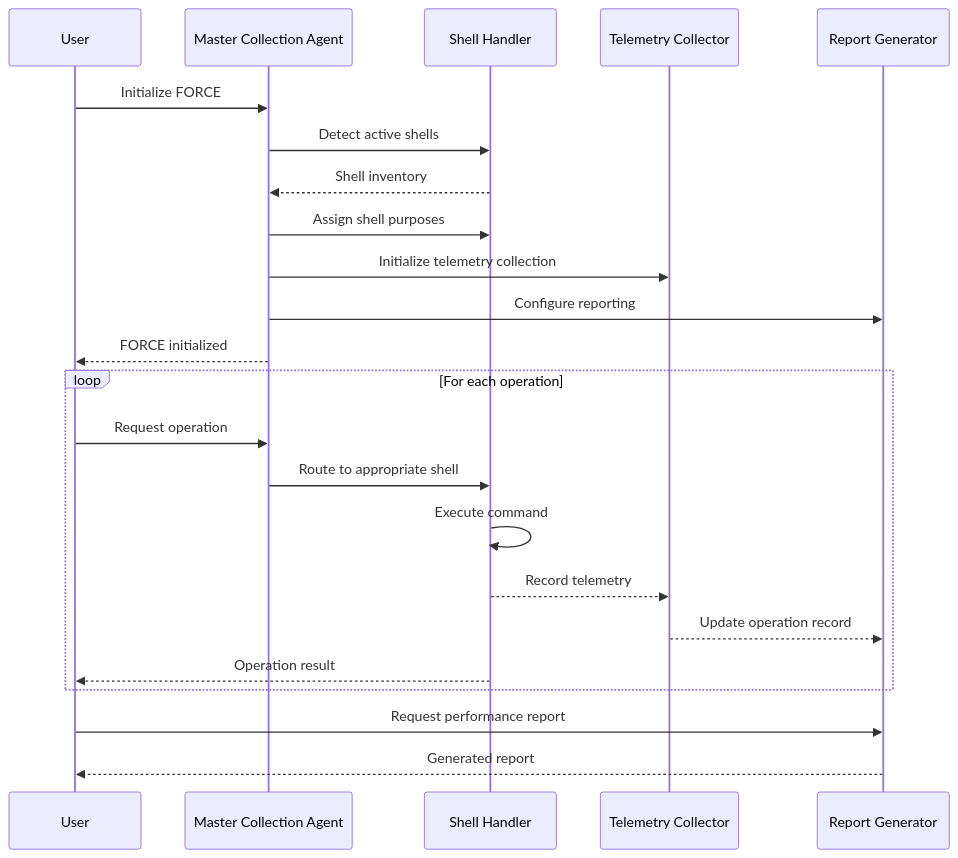
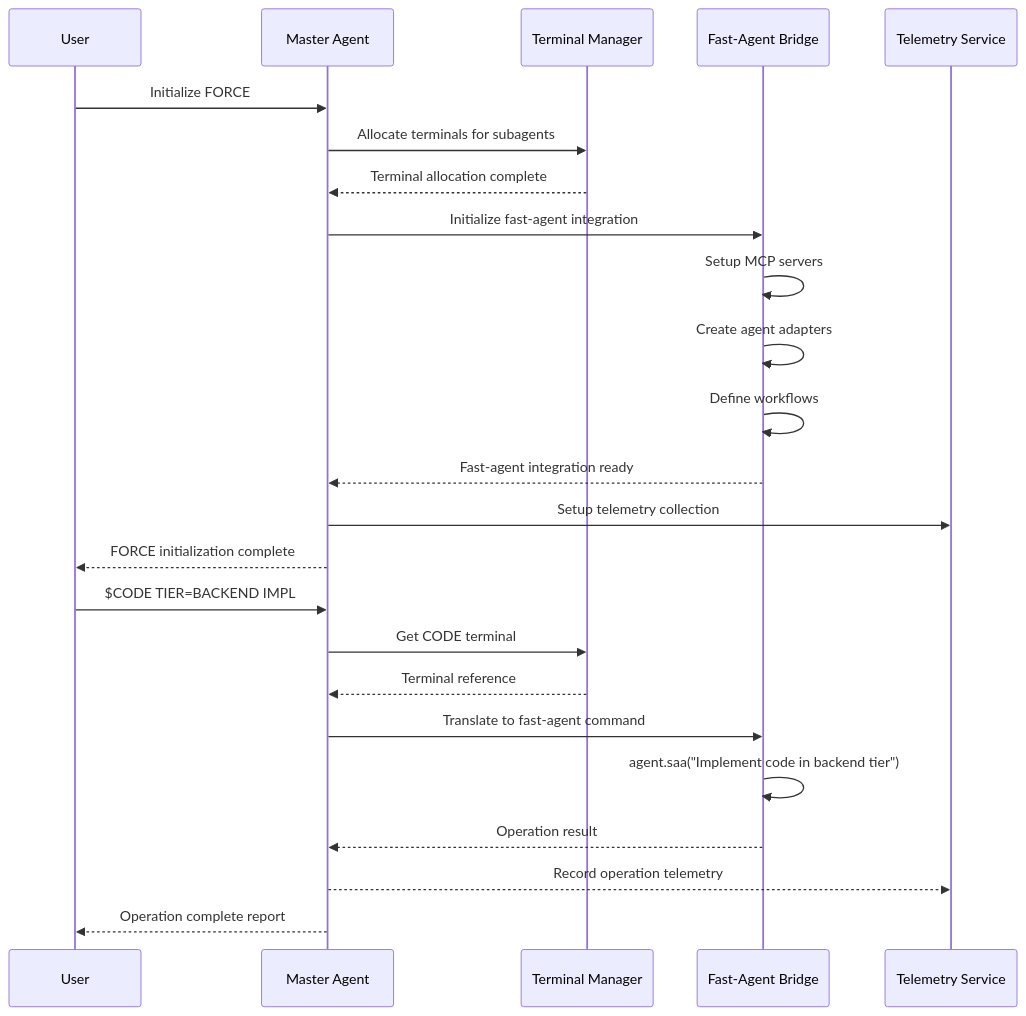
The second of 2 diagrams in FORCE.spec.md (peguesj/yj-dev_sentinel), drawn with Mermaid before and after one commit. The commit also changed other lines of this file and 1 other file, not shown here.

Commit message:
docs: update FORCE and YUNG specifications with refined implementation details

````diff
--- a/FORCE.spec.md
+++ b/FORCE.spec.md
@@ -67,26 +327,28 @@
 ```mermaid
 sequenceDiagram
     participant User
-    participant MCA as Master Collection Agent
-    participant SH as Shell Handler
-    participant TC as Telemetry Collector
-    participant RG as Report Generator
-
-    User->>MCA: Initialize FORCE
-    MCA->>SH: Detect active shells
-    SH-->>MCA: Shell inventory
-    MCA->>SH: Assign shell purposes
-    MCA->>TC: Initialize telemetry collection
-    MCA->>RG: Configure reporting
-    MCA-->>User: FORCE initialized
-    loop For each operation
-        User->>MCA: Request operation
-        MCA->>SH: Route to appropriate shell
-        SH->>SH: Execute command
-        SH-->>TC: Record telemetry
-        TC-->>RG: Update operation record
-        SH-->>User: Operation result
-    end
-    User->>RG: Request performance report
-    RG-->>User: Generated report
+    participant Master as Master Agent
+    participant TM as Terminal Manager
+    participant FA as Fast-Agent Bridge
+    participant TS as Telemetry Service
+    
+    User->>Master: Initialize FORCE
+    Master->>TM: Allocate terminals for subagents
+    TM-->>Master: Terminal allocation complete
+    Master->>FA: Initialize fast-agent integration
+    FA->>FA: Setup MCP servers
+    FA->>FA: Create agent adapters
+    FA->>FA: Define workflows
+    FA-->>Master: Fast-agent integration ready
+    Master->>TS: Setup telemetry collection
+    Master-->>User: FORCE initialization complete
+    
+    User->>Master: $CODE TIER=BACKEND IMPL
+    Master->>TM: Get CODE terminal
+    TM-->>Master: Terminal reference
+    Master->>FA: Translate to fast-agent command
+    FA->>FA: agent.saa("Implement code in backend tier")
+    FA-->>Master: Operation result
+    Master-->>TS: Record operation telemetry
+    Master-->>User: Operation complete report
 ```
````
